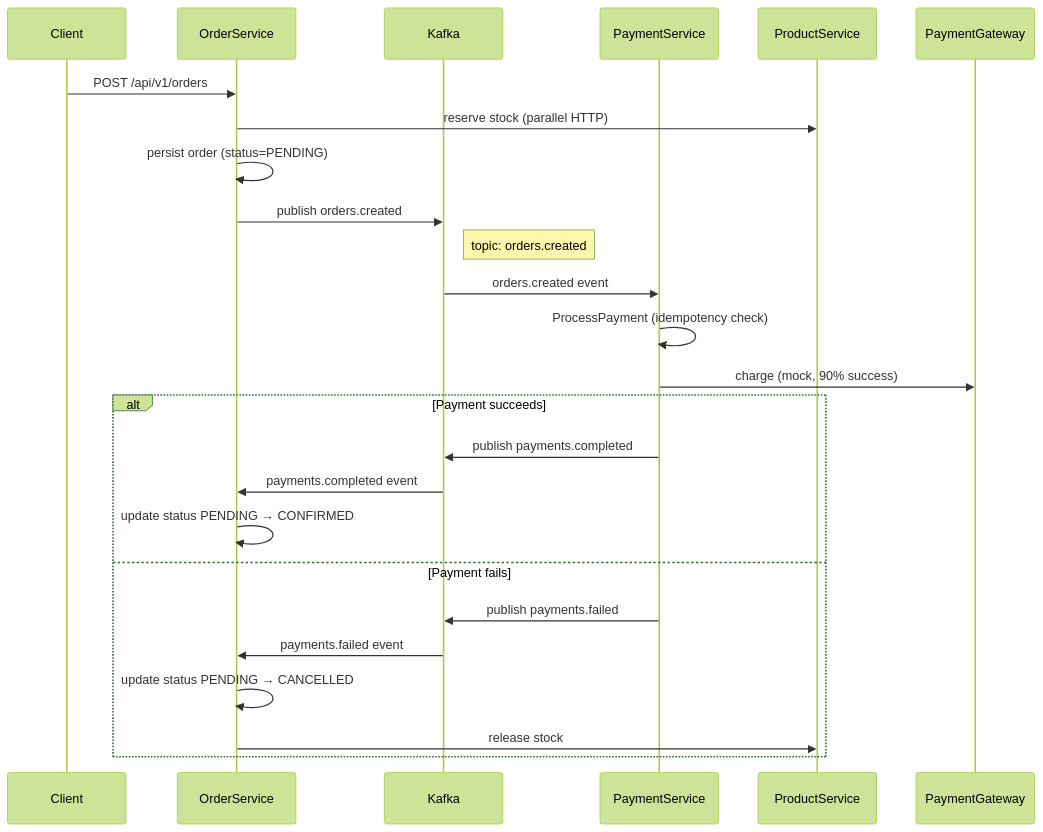
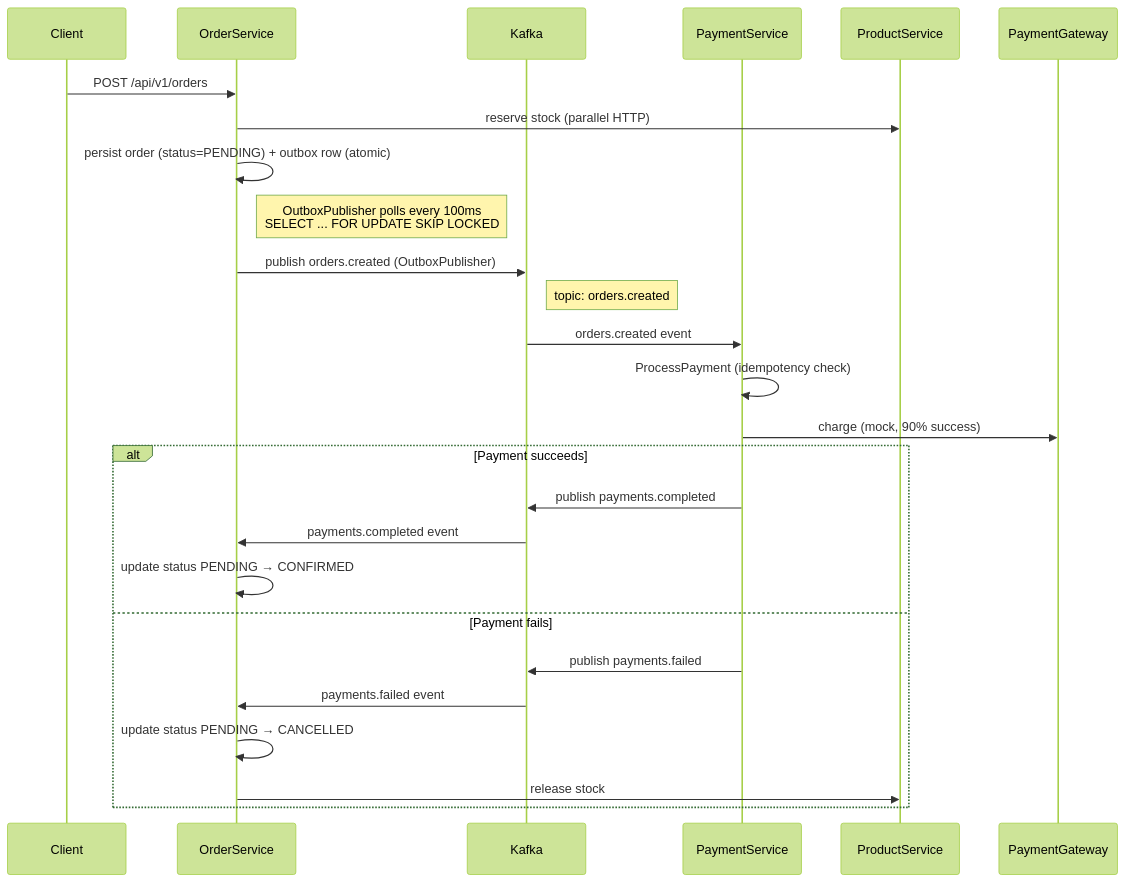
The fourth of 6 diagrams in docs/technical/service_integration.md (hungCS22hcmiu/ecommerce-system), drawn with Mermaid (forest theme) before and after one commit. The commit also changed other lines of this file and 18 other files, not shown here.

````diff
--- a/docs/technical/service_integration.md
+++ b/docs/technical/service_integration.md
@@ -180,28 +234,29 @@
 ```mermaid
 sequenceDiagram
     participant Client
     participant OrderService
     participant Kafka
     participant PaymentService
 
     Client->>OrderService: POST /api/v1/orders
     OrderService->>ProductService: reserve stock (parallel HTTP)
-    OrderService->>OrderService: persist order (status=PENDING)
-    OrderService->>Kafka: publish orders.created
+    OrderService->>OrderService: persist order (status=PENDING) + outbox row (atomic)
+    Note right of OrderService: OutboxPublisher polls every 100ms<br/>SELECT ... FOR UPDATE SKIP LOCKED
+    OrderService->>Kafka: publish orders.created (OutboxPublisher)
     Note right of Kafka: topic: orders.created
 
     Kafka->>PaymentService: orders.created event
     PaymentService->>PaymentService: ProcessPayment (idempotency check)
     PaymentService->>PaymentGateway: charge (mock, 90% success)
 
     alt Payment succeeds
         PaymentService->>Kafka: publish payments.completed
         Kafka->>OrderService: payments.completed event
         OrderService->>OrderService: update status PENDING → CONFIRMED
     else Payment fails
         PaymentService->>Kafka: publish payments.failed
         Kafka->>OrderService: payments.failed event
         OrderService->>OrderService: update status PENDING → CANCELLED
         OrderService->>ProductService: release stock
     end
 ```
````
